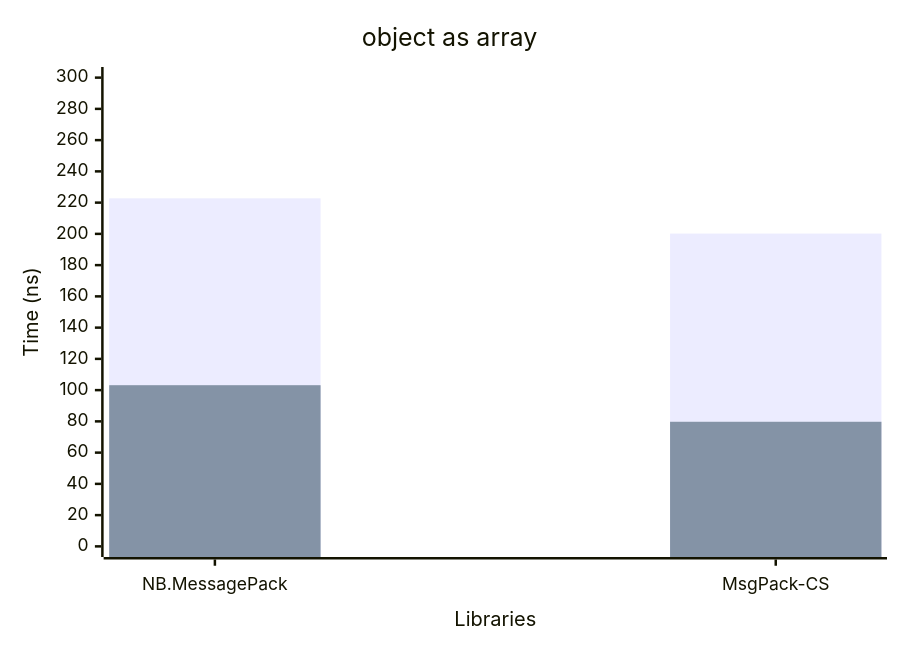
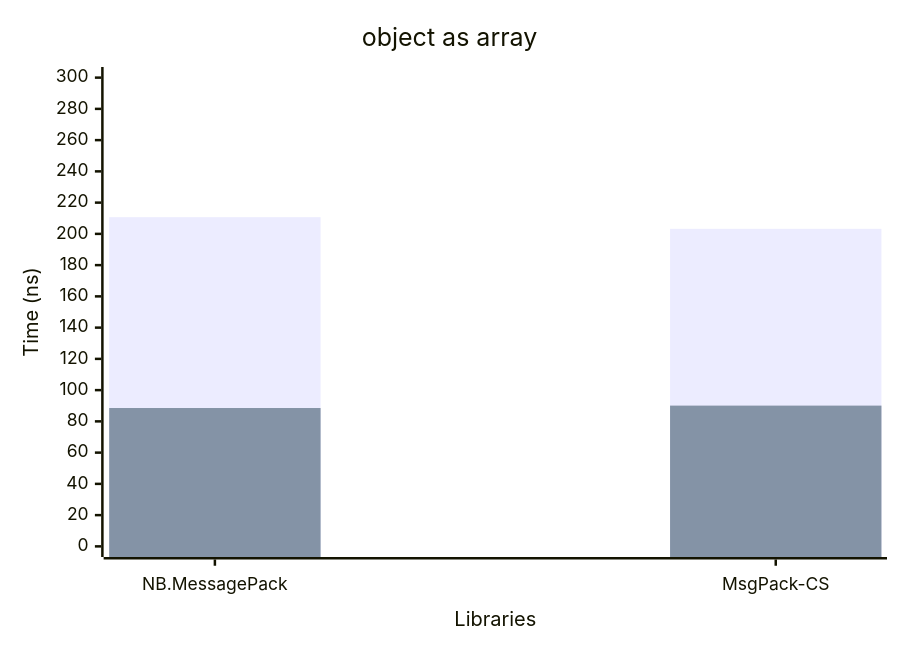
One commit to AArnott/Nerdbank.MessagePack changed the third of 4 diagrams in docfx/includes/perf.md. Above: the diagram before and after it, drawn with Mermaid. The commit also changed other lines of this file, not shown here.

````diff
--- a/docfx/includes/perf.md
+++ b/docfx/includes/perf.md
@@ -35,8 +35,8 @@
  ```mermaid
 xychart-beta
      x-axis "Libraries" ["NB.MessagePack", "MsgPack-CS"]
      y-axis "Time (ns)" 0 --> 300
      title "object as array"
-     bar "Serialize+Deserialize" [222.75,200.18]
-     bar "Serialize" [103.15,79.75]
+     bar "Serialize+Deserialize" [210.69,203.24]
+     bar "Serialize" [88.55,90.09]
  ```
````
